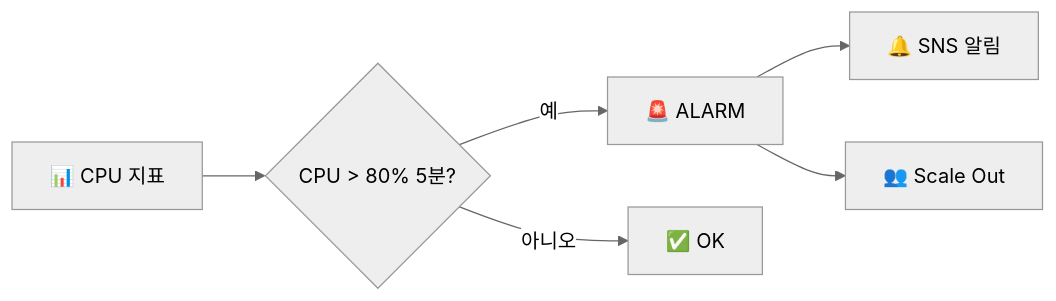
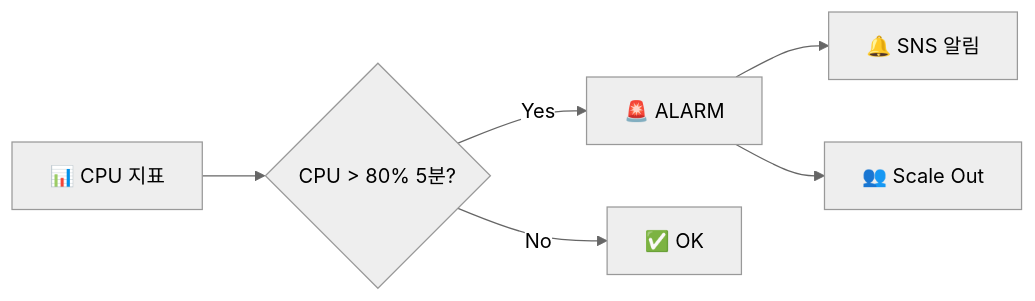
The second of 2 diagrams in contents/devops/aws/monitoring/cloudwatch/index.mdx (una0801/yoona-tech), drawn with Mermaid (neutral theme) before and after one commit. The commit also changed 4 other files, not shown here.

````diff
--- a/contents/devops/aws/monitoring/cloudwatch/index.mdx
+++ b/contents/devops/aws/monitoring/cloudwatch/index.mdx
@@ -103,8 +103,8 @@
 ```mermaid
 flowchart LR
     M["📊 CPU 지표"] --> A{"CPU > 80% 5분?"}
-    A -->|예| ALARM["🚨 ALARM"]
-    A -->|아니오| OK["✅ OK"]
+    A -->|Yes| ALARM["🚨 ALARM"]
+    A -->|No| OK["✅ OK"]
     ALARM --> SNS["🔔 SNS 알림"]
     ALARM --> Scale["👥 Scale Out"]
 ```
````
